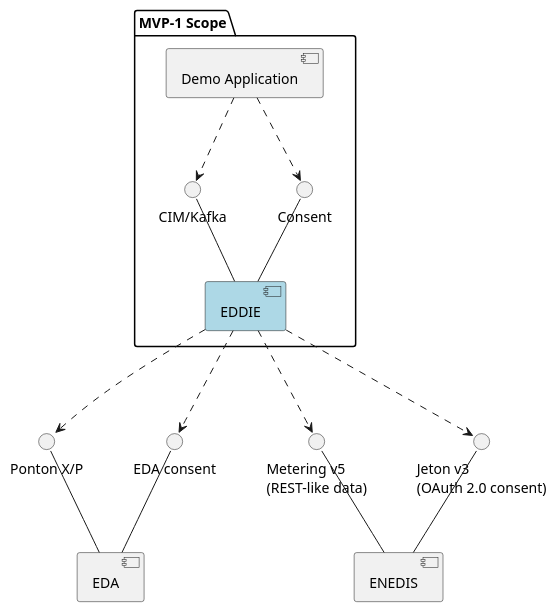
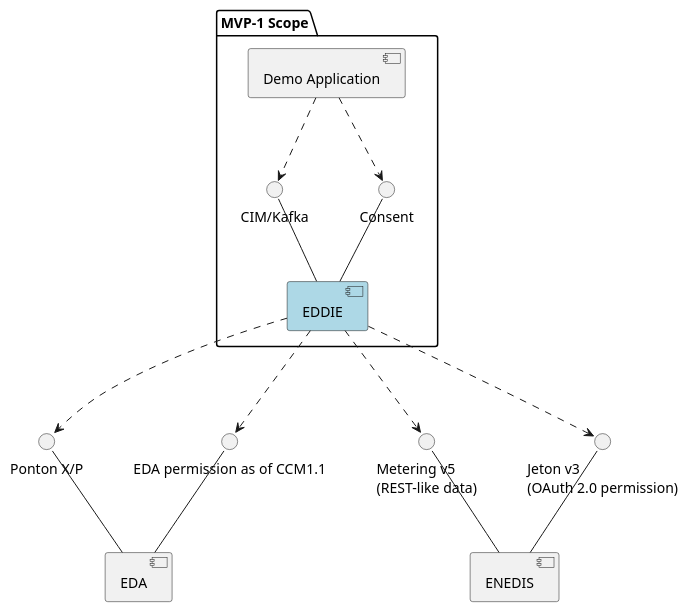
Before and after one commit to eddie-energy/architecture: the second of 2 diagrams in 3-context-and-scope/01-mvp1.md, drawn with PlantUML. The commit also changed other lines of this file, not shown here.

````diff
--- a/3-context-and-scope/01-mvp1.md
+++ b/3-context-and-scope/01-mvp1.md
@@ -61,31 +60,31 @@
 ```plantuml
 @startuml
 folder "MVP-1 Scope" {
     [EDDIE] as Eddie #lightblue
     () "CIM/Kafka" as EddieData
     () "Consent" as EddieConsent
     EddieData -- Eddie
     EddieConsent -- Eddie
 
     [Demo Application] as Demo
     Demo ..> EddieData
     Demo ..> EddieConsent
 }
 
 component [EDA] as Eda
 () "Ponton X/P" as EdaData
-() "EDA consent" as EdaConsent
+() "EDA permission as of CCM1.1" as EdaConsent
 EdaData -- Eda
 EdaConsent -- Eda
 Eddie ..> EdaData
 Eddie ..> EdaConsent
 
 component [ENEDIS] as Enedis
 () "Metering v5\n(REST-like data)" as EnedisData
-() "Jeton v3\n(OAuth 2.0 consent)" as EnedisConsent
+() "Jeton v3\n(OAuth 2.0 permission)" as EnedisConsent
 EnedisData -- Enedis
 EnedisConsent -- Enedis
 Eddie ..> EnedisData
 Eddie ..> EnedisConsent
 @enduml
 ```
````
